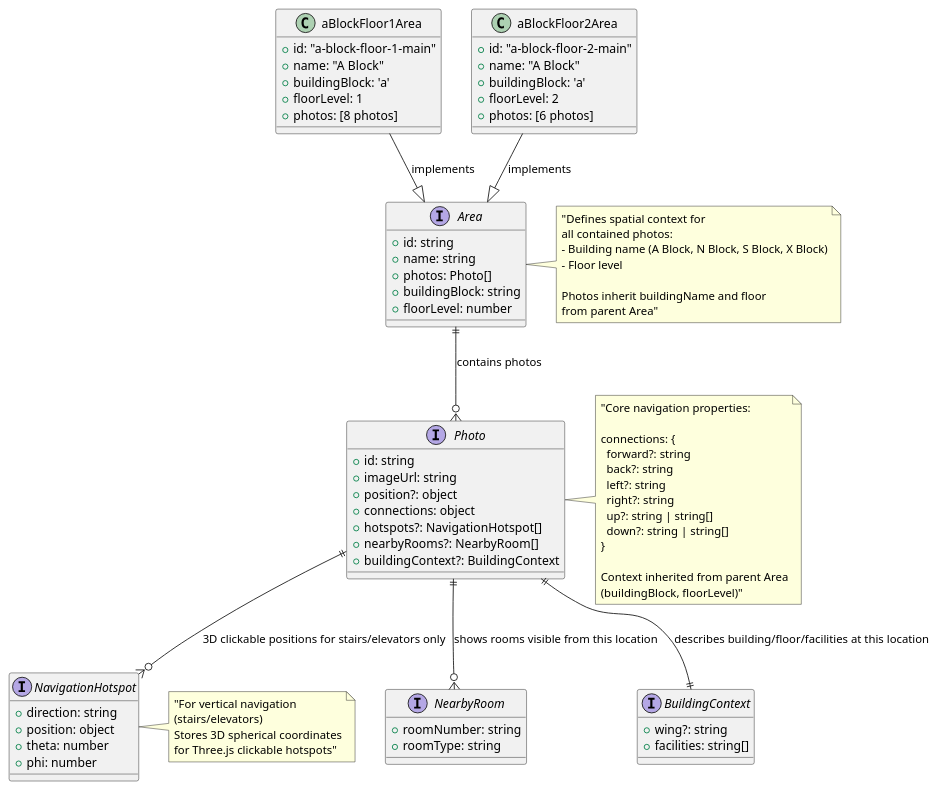
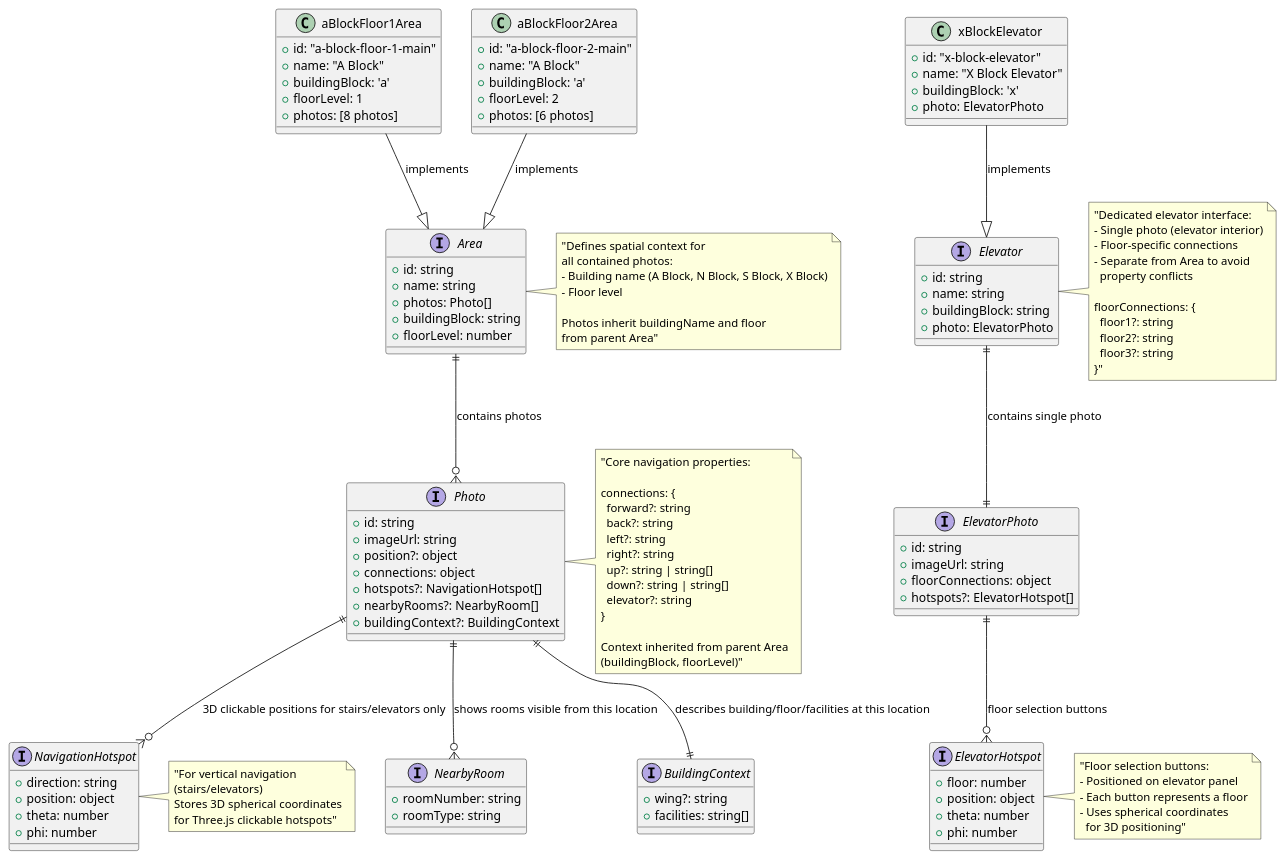
Before and after one commit to hechar788/ara-digital-orientation-experience: the diagram in documentation/plantuml.md, drawn with PlantUML. The commit also changed 7 other files, not shown here.

Commit message:
Added elevator connections + updated docs

````diff
--- a/documentation/plantuml.md
+++ b/documentation/plantuml.md
@@ -56,18 +56,53 @@
   +photos: [6 photos]
 }
 
+interface Elevator {
+  +id: string
+  +name: string
+  +buildingBlock: string
+  +photo: ElevatorPhoto
+}
+
+interface ElevatorPhoto {
+  +id: string
+  +imageUrl: string
+  +floorConnections: object
+  +hotspots?: ElevatorHotspot[]
+}
+
+interface ElevatorHotspot {
+  +floor: number
+  +position: object
+  +theta: number
+  +phi: number
+}
+
+class xBlockElevator {
+  +id: "x-block-elevator"
+  +name: "X Block Elevator"
+  +buildingBlock: 'x'
+  +photo: ElevatorPhoto
+}
+
 Area ||--o{ Photo : "contains photos"
 Photo ||--o{ NavigationHotspot : "3D clickable positions for stairs/elevators only"
 Photo ||--o{ NearbyRoom : "shows rooms visible from this location"
 Photo ||--|| BuildingContext : "describes building/floor/facilities at this location"
+Elevator ||--|| ElevatorPhoto : "contains single photo"
+ElevatorPhoto ||--o{ ElevatorHotspot : "floor selection buttons"
 aBlockFloor1Area --|> Area : "implements"
 aBlockFloor2Area --|> Area : "implements"
+xBlockElevator --|> Elevator : "implements"
 
 note right of NavigationHotspot : "For vertical navigation\n(stairs/elevators)\nStores 3D spherical coordinates\nfor Three.js clickable hotspots"
 
-note right of Photo : "Core navigation properties:\n\nconnections: {\n  forward?: string\n  back?: string\n  left?: string\n  right?: string\n  up?: string | string[]\n  down?: string | string[]\n}\n\nContext inherited from parent Area\n(buildingBlock, floorLevel)"
+note right of Photo : "Core navigation properties:\n\nconnections: {\n  forward?: string\n  back?: string\n  left?: string\n  right?: string\n  up?: string | string[]\n  down?: string | string[]\n  elevator?: string\n}\n\nContext inherited from parent Area\n(buildingBlock, floorLevel)"
 
 note right of Area : "Defines spatial context for\nall contained photos:\n- Building name (A Block, N Block, S Block, X Block)\n- Floor level\n\nPhotos inherit buildingName and floor\nfrom parent Area"
 
+note right of Elevator : "Dedicated elevator interface:\n- Single photo (elevator interior)\n- Floor-specific connections\n- Separate from Area to avoid\n  property conflicts\n\nfloorConnections: {\n  floor1?: string\n  floor2?: string\n  floor3?: string\n}"
+
+note right of ElevatorHotspot : "Floor selection buttons:\n- Positioned on elevator panel\n- Each button represents a floor\n- Uses spherical coordinates\n  for 3D positioning"
+
 @enduml
 ```
````
